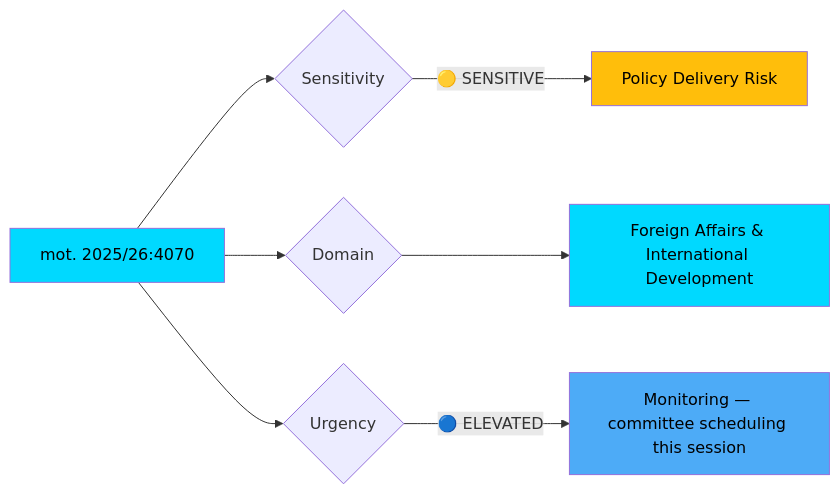
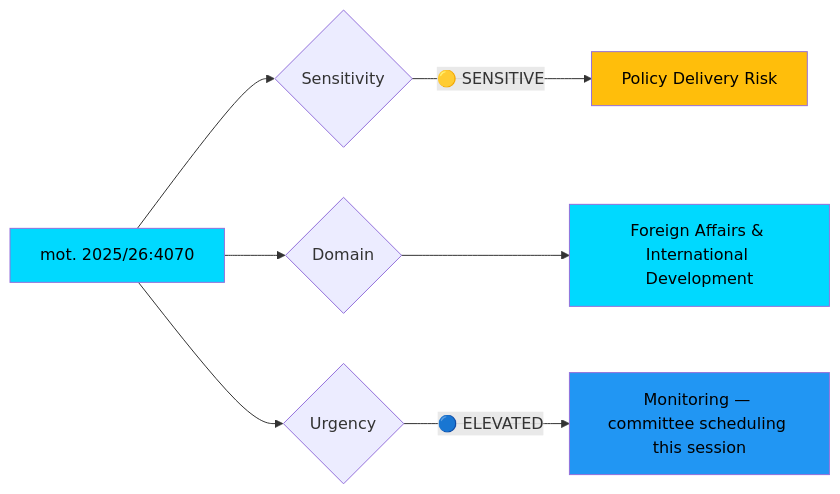
The first of 2 diagrams in analysis/daily/2026-04-08/motions/documents/hd024070-analysis.md (Hack23/riksdagsmonitor), drawn with Mermaid before and after one commit. The commit also changed 785 other files, not shown here.

First line of the commit message:
Normalize mermaid colors across 786 analysis artifacts to ISMS Style Guide palette

````diff
--- a/analysis/daily/2026-04-08/motions/documents/hd024070-analysis.md
+++ b/analysis/daily/2026-04-08/motions/documents/hd024070-analysis.md
@@ -25,16 +25,16 @@
 ```mermaid
 graph LR
     A["mot. 2025/26:4070"] --> B{"Sensitivity"}
     B -->|"🟡 SENSITIVE"| D["Policy Delivery Risk"]
     
     A --> G{"Domain"}
     G --> H["Foreign Affairs & International Development"]
     
     A --> I{"Urgency"}
     I -->|"🔵 ELEVATED"| L["Monitoring — committee scheduling this session"]
     
-    style A fill:#00d9ff,color:#000
-    style D fill:#ffbe0b,color:#000
-    style H fill:#00d9ff,color:#000
-    style L fill:#4dabf7,color:#000
+    style A fill:#00d9ff,color:#000000
+    style D fill:#ffbe0b,color:#000000
+    style H fill:#00d9ff,color:#000000
+    style L fill:#2196F3,color:#000000
 ```
````
